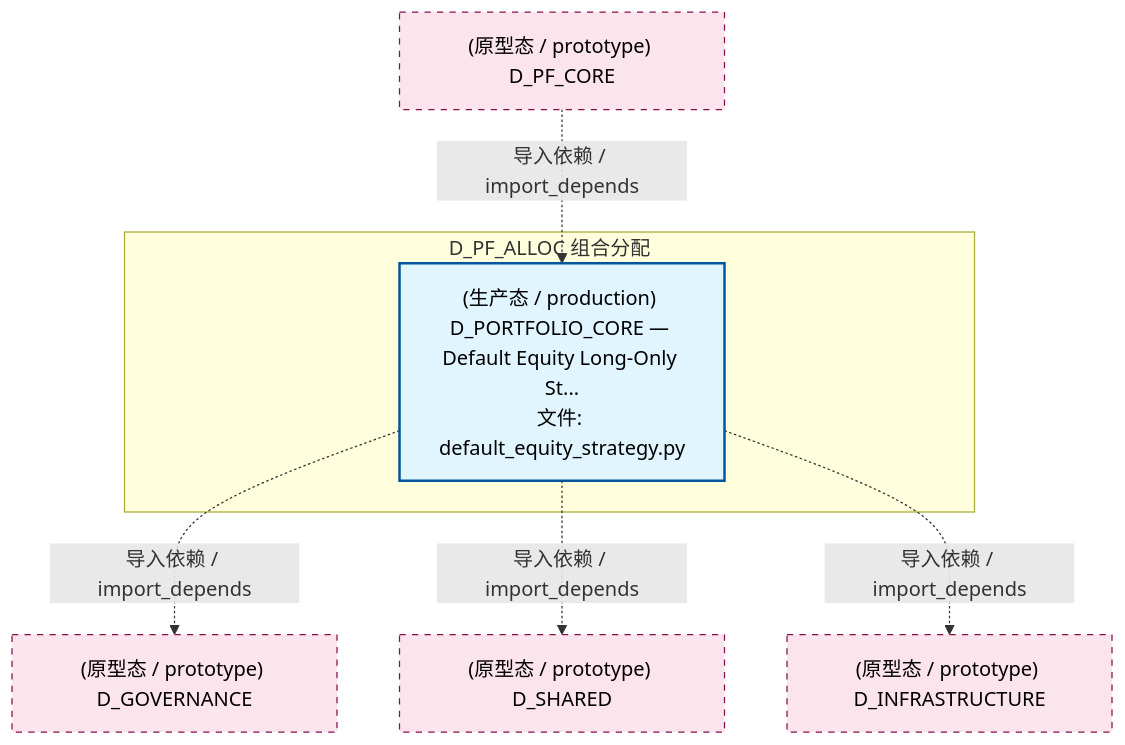
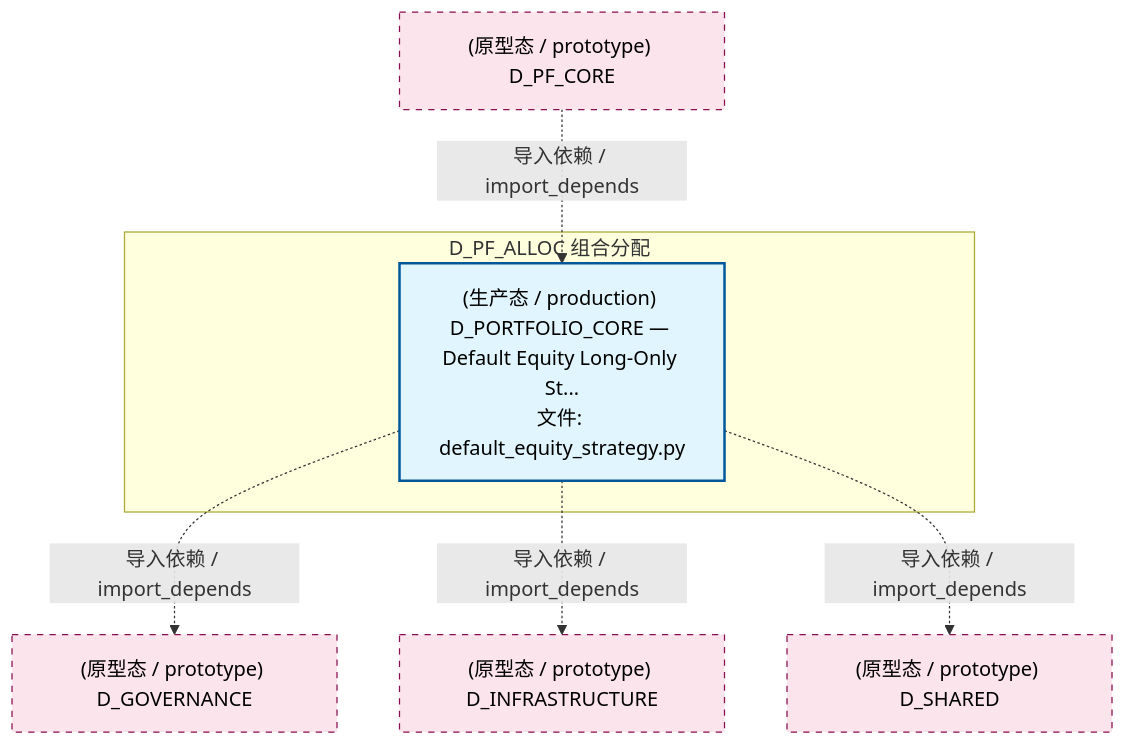
Before and after one commit to xuanFelixVan/ZephyrAlpha: the second of 5 diagrams in docs/02_enterprise_architecture/02_domain_architecture_docs/51_d_pf_alloc.md, drawn with Mermaid. The commit also changed other lines of this file and 126 other files, not shown here.

````diff
--- a/docs/02_enterprise_architecture/02_domain_architecture_docs/51_d_pf_alloc.md
+++ b/docs/02_enterprise_architecture/02_domain_architecture_docs/51_d_pf_alloc.md
@@ -111,20 +110,20 @@
 ```mermaid
 graph TD
     subgraph D_PF_ALLOC["D_PF_ALLOC 组合分配"]
         src_zephyr_pf_core_default_equity_strategy_py["(生产态 / production) D_PORTFOLIO_CORE — Default Equity Long-Only St...<br/>文件: default_equity_strategy.py"]
     end
     D_GOVERNANCE["(原型态 / prototype) D_GOVERNANCE"]
     src_zephyr_pf_core_default_equity_strategy_py -.->|导入依赖 / import_depends| D_GOVERNANCE
+    D_INFRASTRUCTURE["(原型态 / prototype) D_INFRASTRUCTURE"]
+    src_zephyr_pf_core_default_equity_strategy_py -.->|导入依赖 / import_depends| D_INFRASTRUCTURE
     D_SHARED["(原型态 / prototype) D_SHARED"]
     src_zephyr_pf_core_default_equity_strategy_py -.->|导入依赖 / import_depends| D_SHARED
-    D_INFRASTRUCTURE["(原型态 / prototype) D_INFRASTRUCTURE"]
-    src_zephyr_pf_core_default_equity_strategy_py -.->|导入依赖 / import_depends| D_INFRASTRUCTURE
     D_PF_CORE["(原型态 / prototype) D_PF_CORE"]
     D_PF_CORE -.->|导入依赖 / import_depends| src_zephyr_pf_core_default_equity_strategy_py
     classDef production fill:#e1f5fe,stroke:#01579b,stroke-width:2px,color:#000
     classDef design fill:#fff3e0,stroke:#e65100,stroke-width:2px,color:#000,stroke-dasharray: 5 5
     classDef external_prod fill:#e8f5e9,stroke:#1b5e20,stroke-width:1px,color:#000
     classDef external_design fill:#fce4ec,stroke:#880e4f,stroke-width:1px,color:#000,stroke-dasharray: 5 5
     class src_zephyr_pf_core_default_equity_strategy_py production
-    class D_GOVERNANCE,D_SHARED,D_INFRASTRUCTURE,D_PF_CORE external_design
+    class D_GOVERNANCE,D_INFRASTRUCTURE,D_SHARED,D_PF_CORE external_design
 ```
````
